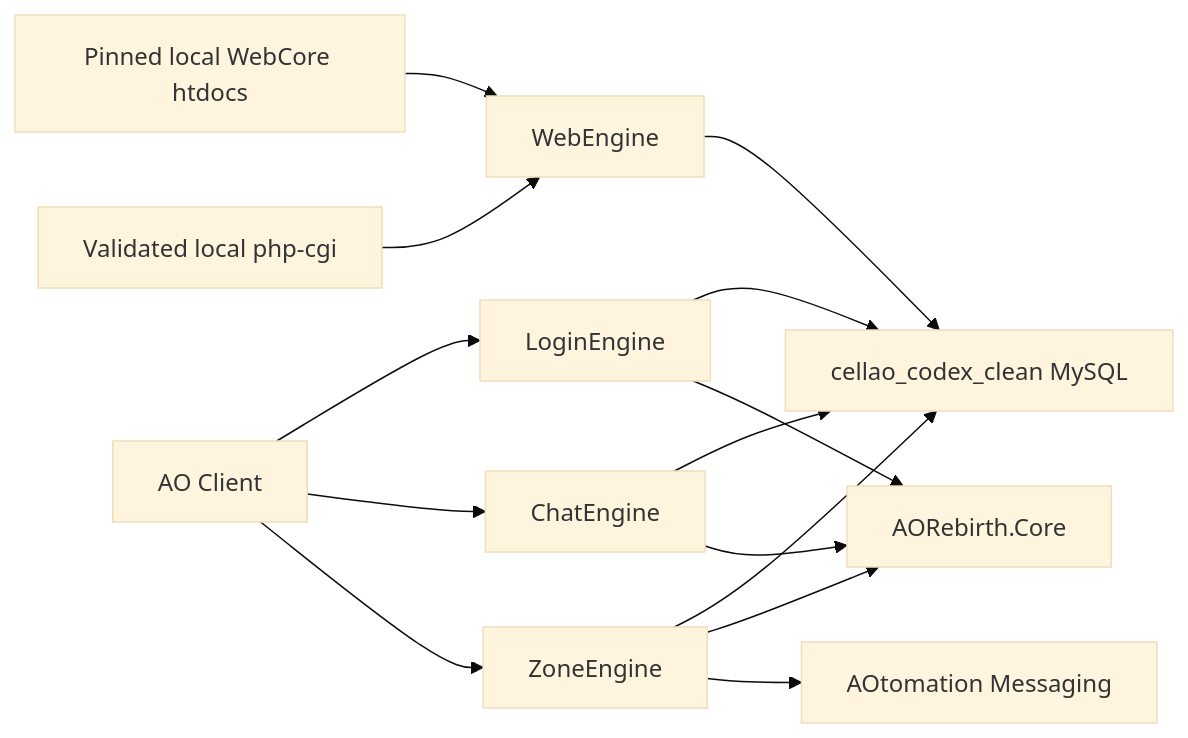
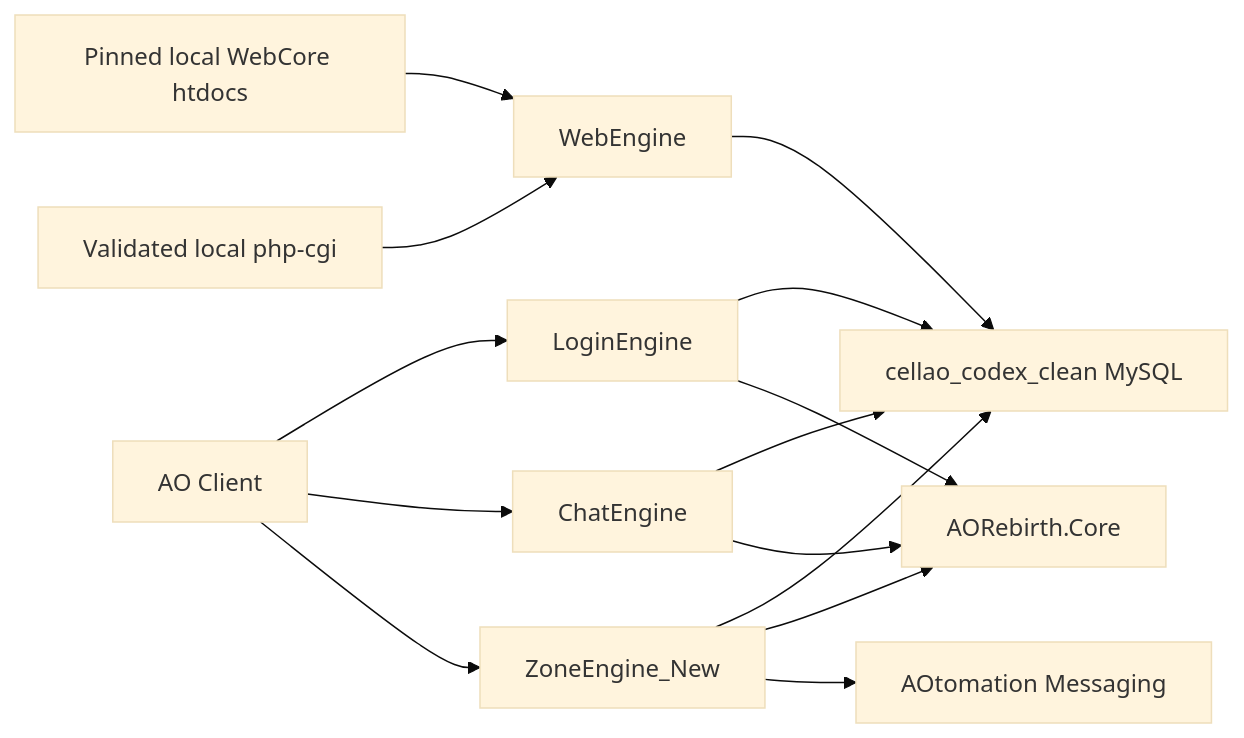
One commit to subarumike/AORebirth changed the first of 4 diagrams in docs/project/ARCHITECTURE.md. Above: the diagram before and after it, drawn with Mermaid (base theme). The commit also changed other lines of this file and 16 other files, not shown here.

````diff
--- a/docs/project/ARCHITECTURE.md
+++ b/docs/project/ARCHITECTURE.md
@@ -9,16 +9,16 @@
 ```mermaid
 flowchart LR
     Client["AO Client"] --> Login["LoginEngine"]
     Client --> Chat["ChatEngine"]
-    Client --> Zone["ZoneEngine"]
+    Client --> Zone["ZoneEngine_New"]
     Web["WebEngine"] --> DB["cellao_codex_clean MySQL"]
     Assets["Pinned local WebCore htdocs"] --> Web
     PHP["Validated local php-cgi"] --> Web
     Login --> DB
     Chat --> DB
     Zone --> DB
     Zone --> Core["AORebirth.Core"]
     Zone --> Msg["AOtomation Messaging"]
     Login --> Core
     Chat --> Core
 ```
````
